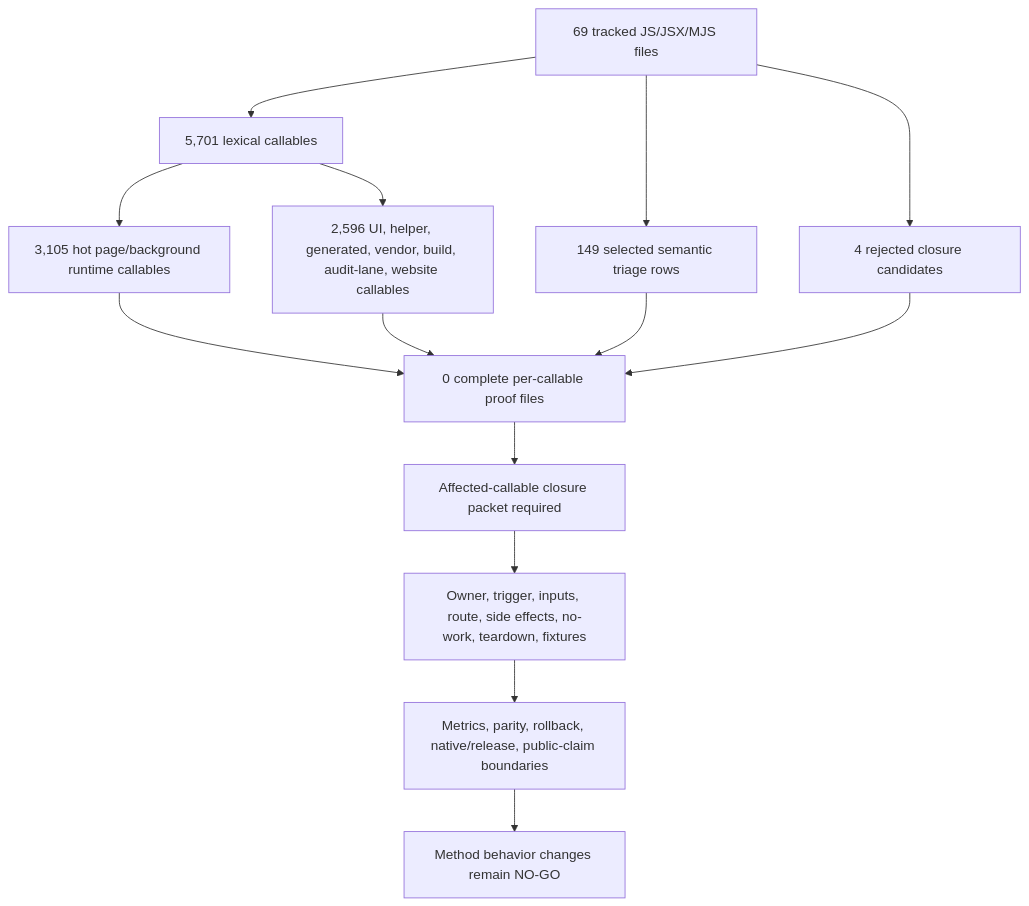
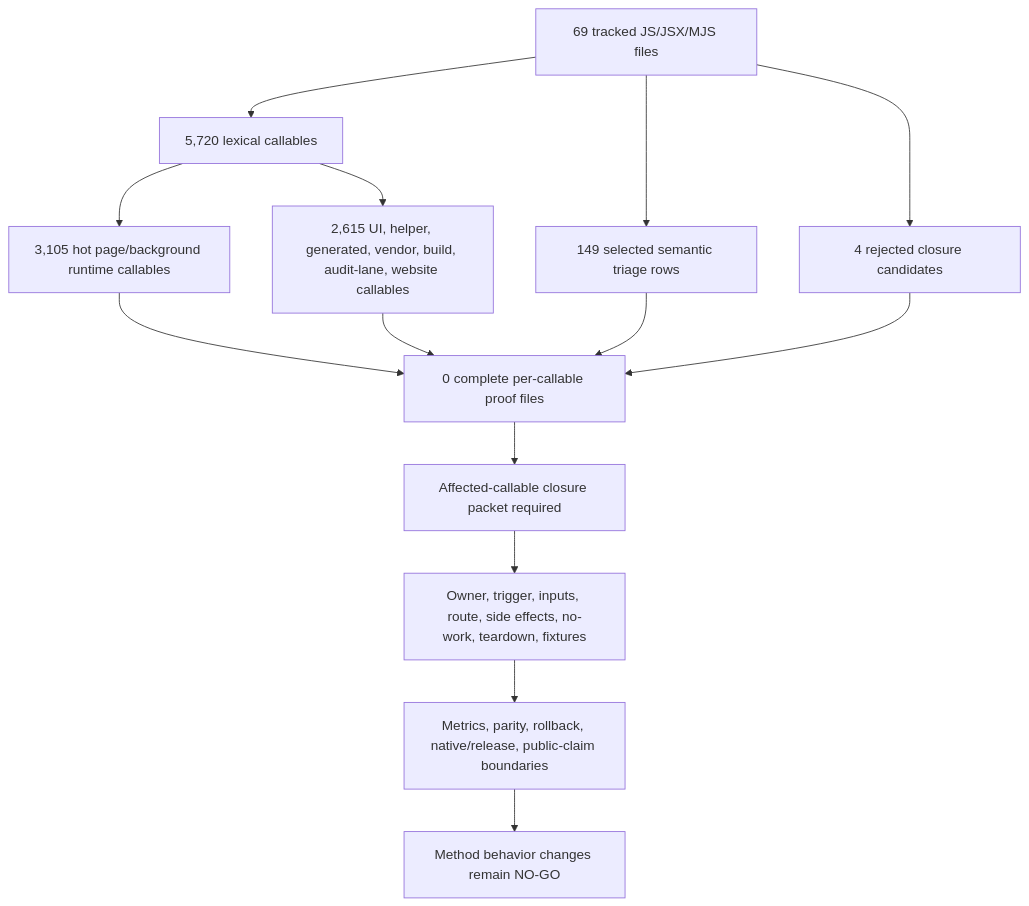
One commit to varshneydevansh/FilterTube changed the first of 2 diagrams in docs/audit/FILTERTUBE_METHOD_SEMANTIC_PROOF_GAP_INDEX_CURRENT_BEHAVIOR_2026-05-25.md. Above: the diagram before and after it, drawn with Mermaid. The commit also changed other lines of this file and 619 other files, not shown here.

````diff
--- a/docs/audit/FILTERTUBE_METHOD_SEMANTIC_PROOF_GAP_INDEX_CURRENT_BEHAVIOR_2026-05-25.md
+++ b/docs/audit/FILTERTUBE_METHOD_SEMANTIC_PROOF_GAP_INDEX_CURRENT_BEHAVIOR_2026-05-25.md
@@ -130,16 +130,16 @@
 ```mermaid
 flowchart TD
-  A["69 tracked JS/JSX/MJS files"] --> B["5,701 lexical callables"]
+  A["69 tracked JS/JSX/MJS files"] --> B["5,720 lexical callables"]
   B --> C["3,105 hot page/background runtime callables"]
-  B --> D["2,596 UI, helper, generated, vendor, build, audit-lane, website callables"]
+  B --> D["2,615 UI, helper, generated, vendor, build, audit-lane, website callables"]
   A --> E["149 selected semantic triage rows"]
   A --> F["4 rejected closure candidates"]
   C --> G["0 complete per-callable proof files"]
   D --> G
   E --> G
   F --> G
   G --> H["Affected-callable closure packet required"]
   H --> I["Owner, trigger, inputs, route, side effects, no-work, teardown, fixtures"]
   I --> J["Metrics, parity, rollback, native/release, public-claim boundaries"]
   J --> K["Method behavior changes remain NO-GO"]
 ```
````
